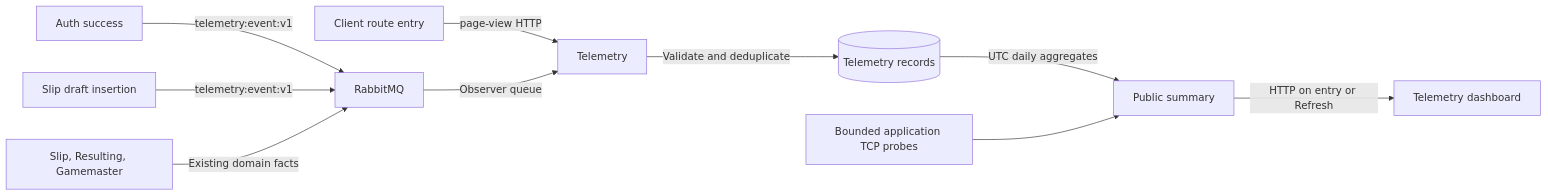
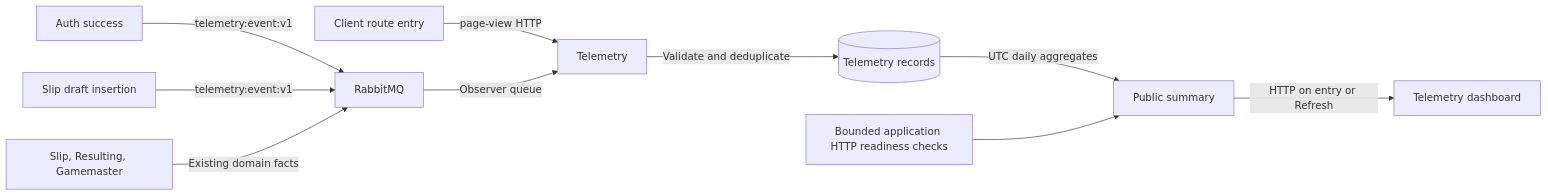
The sixth of 6 diagrams in docs/wiki/Message-Flows.md (vasilyevstan/betstan), drawn with Mermaid before and after one commit. The commit also changed 37 other files, not shown here.

````diff
--- a/docs/wiki/Message-Flows.md
+++ b/docs/wiki/Message-Flows.md
@@ -333,12 +333,12 @@
 ```mermaid
 flowchart LR
     Browser["Client route entry"] -->|page-view HTTP| Telemetry
     Auth["Auth success"] -->|telemetry:event:v1| MQ["RabbitMQ"]
     Slip["Slip draft insertion"] -->|telemetry:event:v1| MQ
     Domain["Slip, Resulting, Gamemaster"] -->|Existing domain facts| MQ
     MQ -->|Observer queue| Telemetry
     Telemetry -->|Validate and deduplicate| DB[("Telemetry records")]
     DB -->|UTC daily aggregates| Summary["Public summary"]
-    Probes["Bounded application TCP probes"] --> Summary
+    Probes["Bounded application HTTP readiness checks"] --> Summary
     Summary -->|HTTP on entry or Refresh| Dashboard["Telemetry dashboard"]
 ```
````
